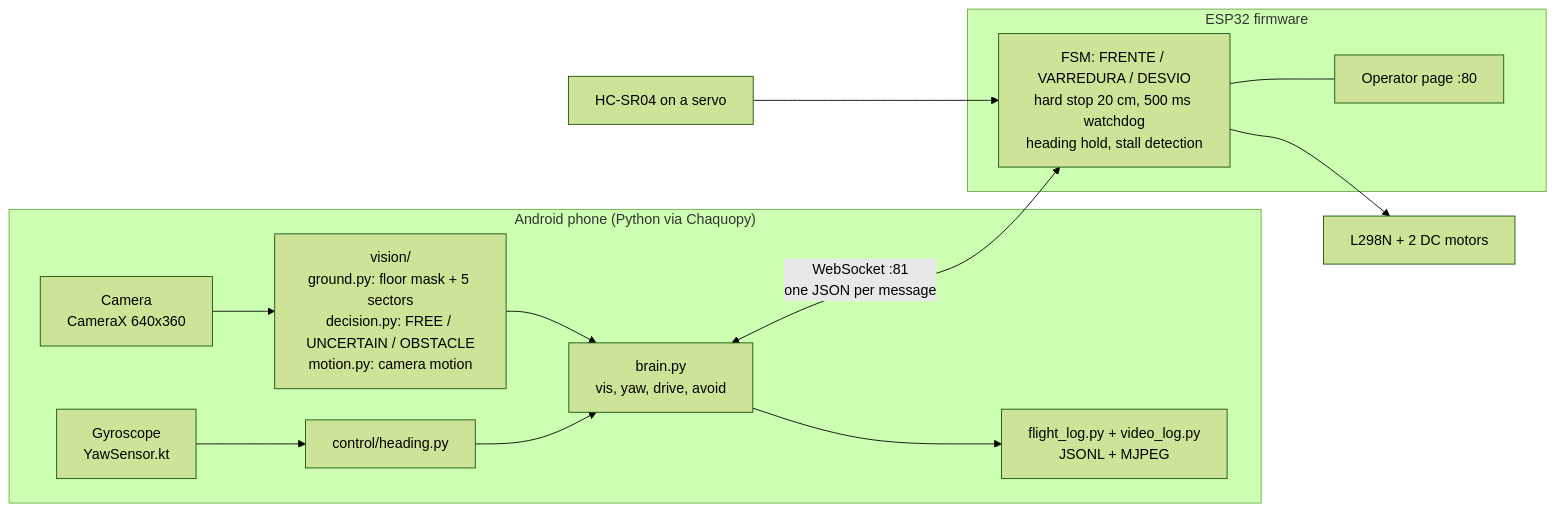
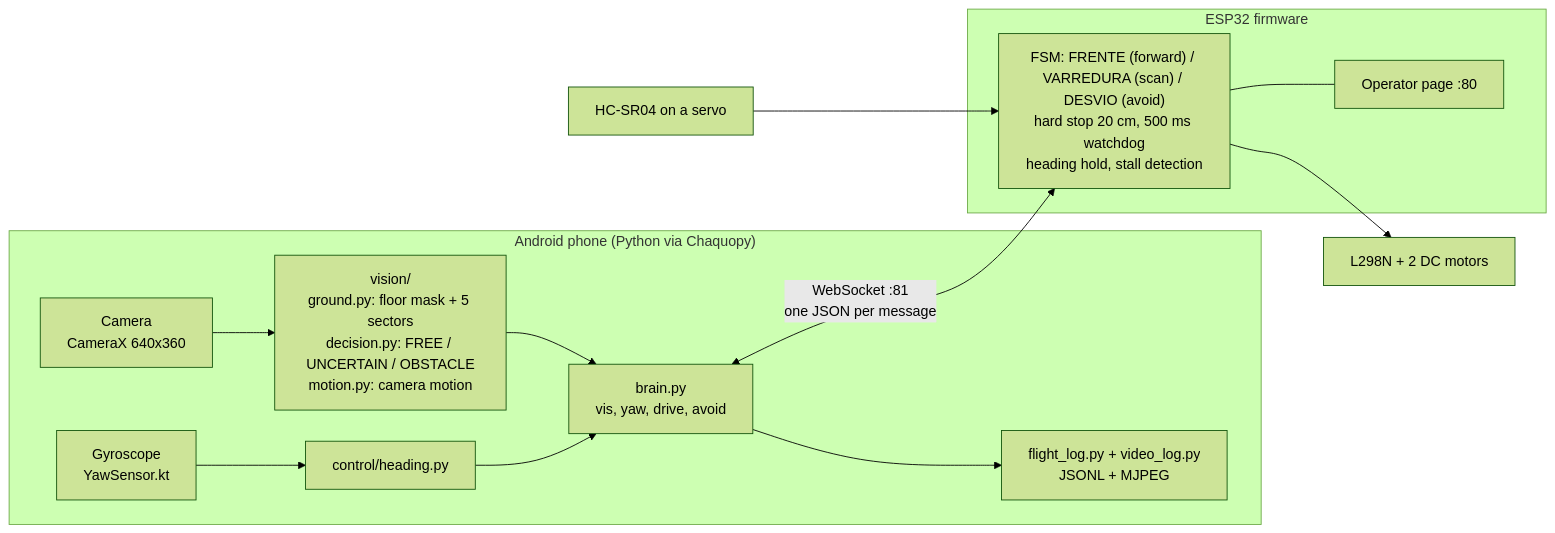
The diagram in README.md (allvaret/esp32-self-driving-car), drawn with Mermaid (forest theme) before and after one commit. The commit also changed other lines of this file and 2 other files, not shown here.

````diff
--- a/README.md
+++ b/README.md
@@ -35,19 +36,19 @@
 ```mermaid
 %%{init: {"flowchart": {"nodeSpacing": 35, "rankSpacing": 70}}}%%
 flowchart LR
     subgraph PHONE["Android phone (Python via Chaquopy)"]
         CAM["Camera<br/>CameraX 640x360"] --> V["vision/<br/>ground.py: floor mask + 5 sectors<br/>decision.py: FREE / UNCERTAIN / OBSTACLE<br/>motion.py: camera motion"]
         GYR["Gyroscope<br/>YawSensor.kt"] --> H["control/heading.py"]
         V --> B["brain.py<br/>vis, yaw, drive, avoid"]
         H --> B
         B --> LOG["flight_log.py + video_log.py<br/>JSONL + MJPEG"]
     end
     B <-- "WebSocket :81<br/>one JSON per message" --> FW
     subgraph ESP["ESP32 firmware"]
-        FW["FSM: FRENTE / VARREDURA / DESVIO<br/>hard stop 20 cm, 500 ms watchdog<br/>heading hold, stall detection"]
+        FW["FSM: FRENTE (forward) / VARREDURA (scan) / DESVIO (avoid)<br/>hard stop 20 cm, 500 ms watchdog<br/>heading hold, stall detection"]
         WEB["Operator page :80"]
     end
     SON["HC-SR04 on a servo"] --> FW
     FW --> MOT["L298N + 2 DC motors"]
     FW --- WEB
 ```
````
